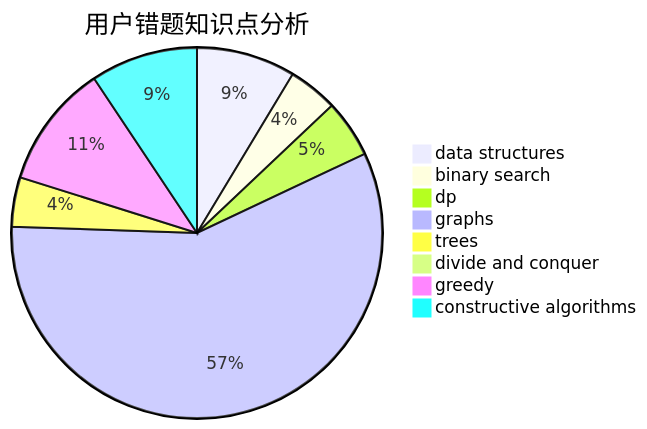
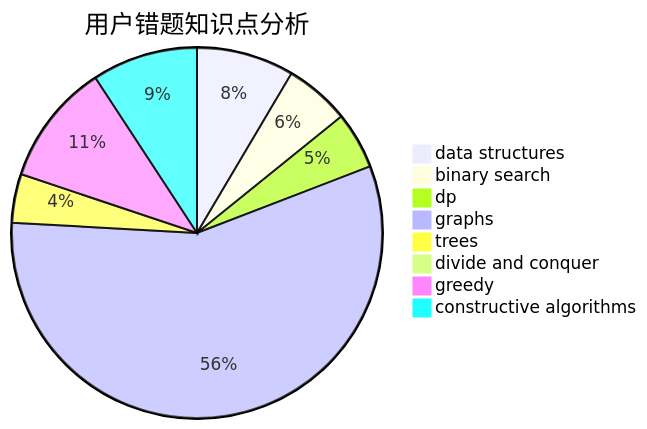
The third of 3 diagrams in docs/user/u1623.md (sherpahu/cfrs.github.io), drawn with Mermaid before and after one commit. The commit also changed other lines of this file and 2770 other files, not shown here.

````diff
--- a/docs/user/u1623.md
+++ b/docs/user/u1623.md
@@ -36,11 +36,11 @@
 ```mermaid
 pie title 用户错题知识点分析
     "data structures" :  12
-    "binary search" :  6
+    "binary search" :  8
     "dp" :  7
     "graphs" :  80
     "trees" :  6
     "divide and conquer" :  1
     "greedy" :  15
     "constructive algorithms" :  13
 ```
````
